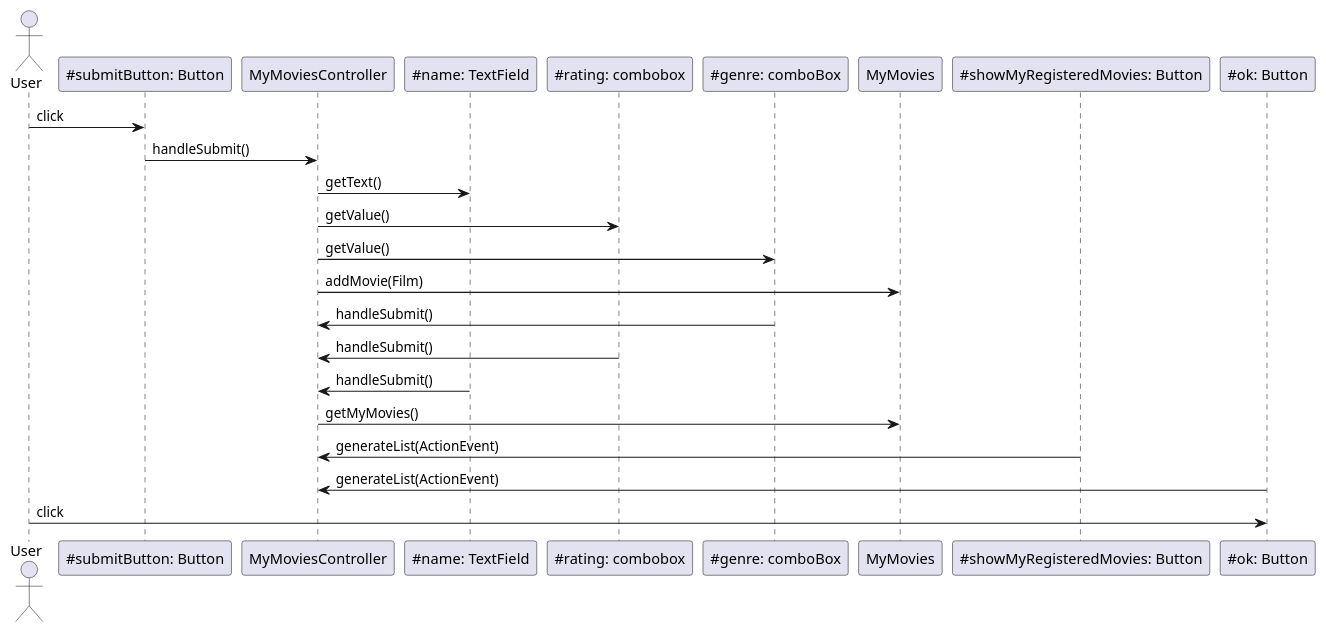
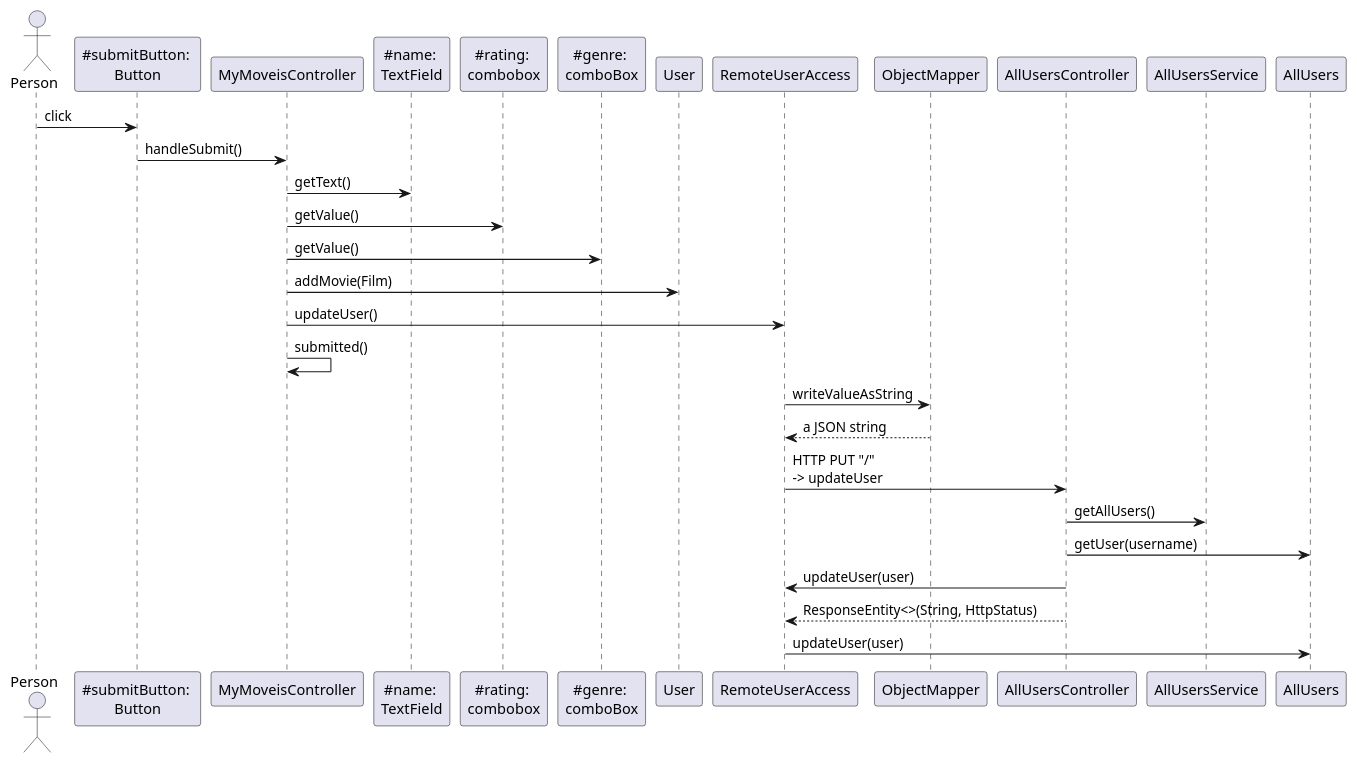
One commit to victoriahopso/IT1901 changed the diagram in mymovies/sequence.puml. Above: the diagram before and after it, drawn with PlantUML.

```diff
--- a/mymovies/sequence.puml
+++ b/mymovies/sequence.puml
@@ -1,22 +1,29 @@
 @startuml
+actor Person
+Person-> "~#submitButton: \nButton" as submitButton: click
 
-actor User
-User -> "~#submitButton: Button" as submitButton: click
-submitButton -> MyMoviesController: handleSubmit()
+submitButton -> MyMoveisController : handleSubmit()
+
+MyMoveisController -> "~#name: \nTextField" as name: getText()
+MyMoveisController -> "~#rating: \ncombobox" as rating: getValue()
+MyMoveisController -> "~#genre: \ncomboBox" as genre: getValue()
+
+MyMoveisController -> User: addMovie(Film)
+
+MyMoveisController -> RemoteUserAccess: updateUser()
+MyMoveisController -> MyMoveisController: submitted()
+
+RemoteUserAccess -> ObjectMapper: writeValueAsString
+ObjectMapper --> RemoteUserAccess: a JSON string
 
 
-MyMoviesController -> "~#name: TextField" as name: getText()
-MyMoviesController -> "~#rating: combobox" as rating: getValue()
-MyMoviesController -> "~#genre: comboBox" as genre: getValue()
-MyMoviesController -> MyMovies: addMovie(Film)
+RemoteUserAccess -> AllUsersController: HTTP PUT "/" \n-> updateUser
 
+AllUsersController -> AllUsersService: getAllUsers()
 
-genre -> MyMoviesController: handleSubmit()
-rating -> MyMoviesController: handleSubmit()
-name -> MyMoviesController: handleSubmit()
-MyMoviesController -> MyMovies: getMyMovies()
-"~#showMyRegisteredMovies: Button" -> MyMoviesController: generateList(ActionEvent)
-"~#ok: Button" as ok -> MyMoviesController: generateList(ActionEvent)
-User -> ok: click
+AllUsersController -> AllUsers: getUser(username)
+AllUsersController -> RemoteUserAccess: updateUser(user)
+AllUsersController --> RemoteUserAccess: ResponseEntity<>(String, HttpStatus)
 
+RemoteUserAccess -> AllUsers: updateUser(user)
 @enduml
```
